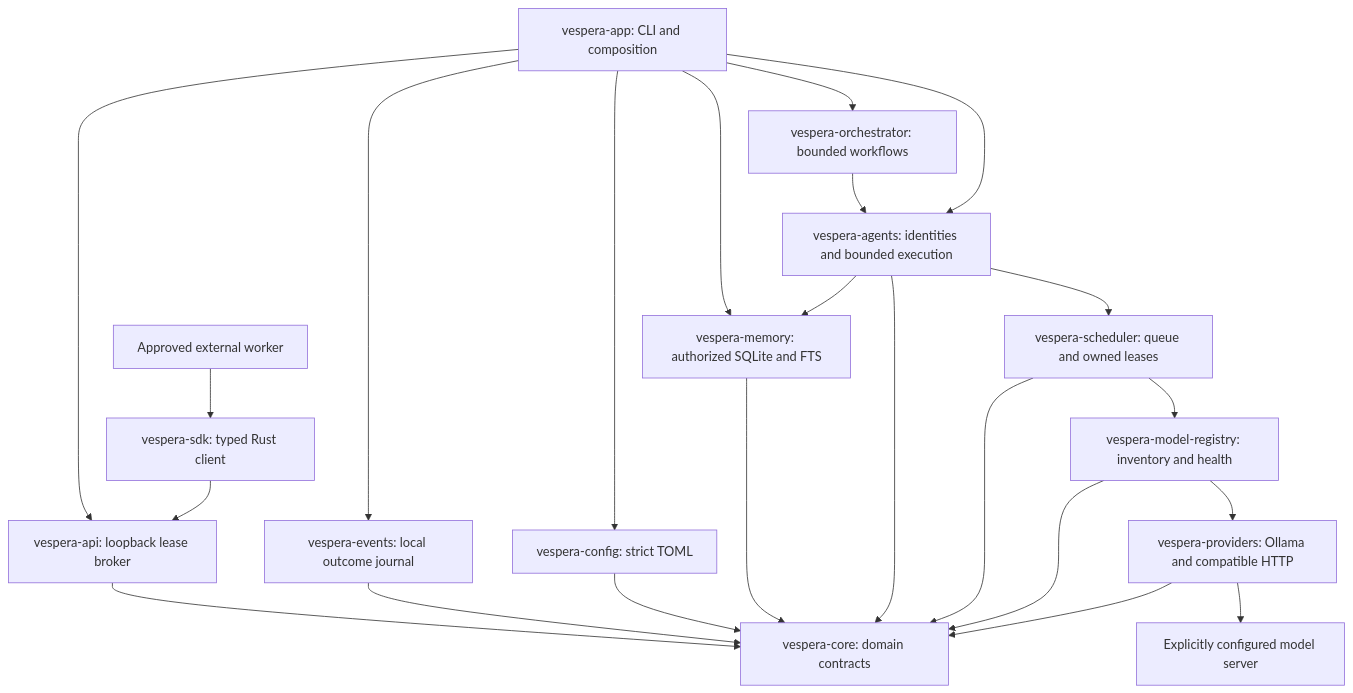
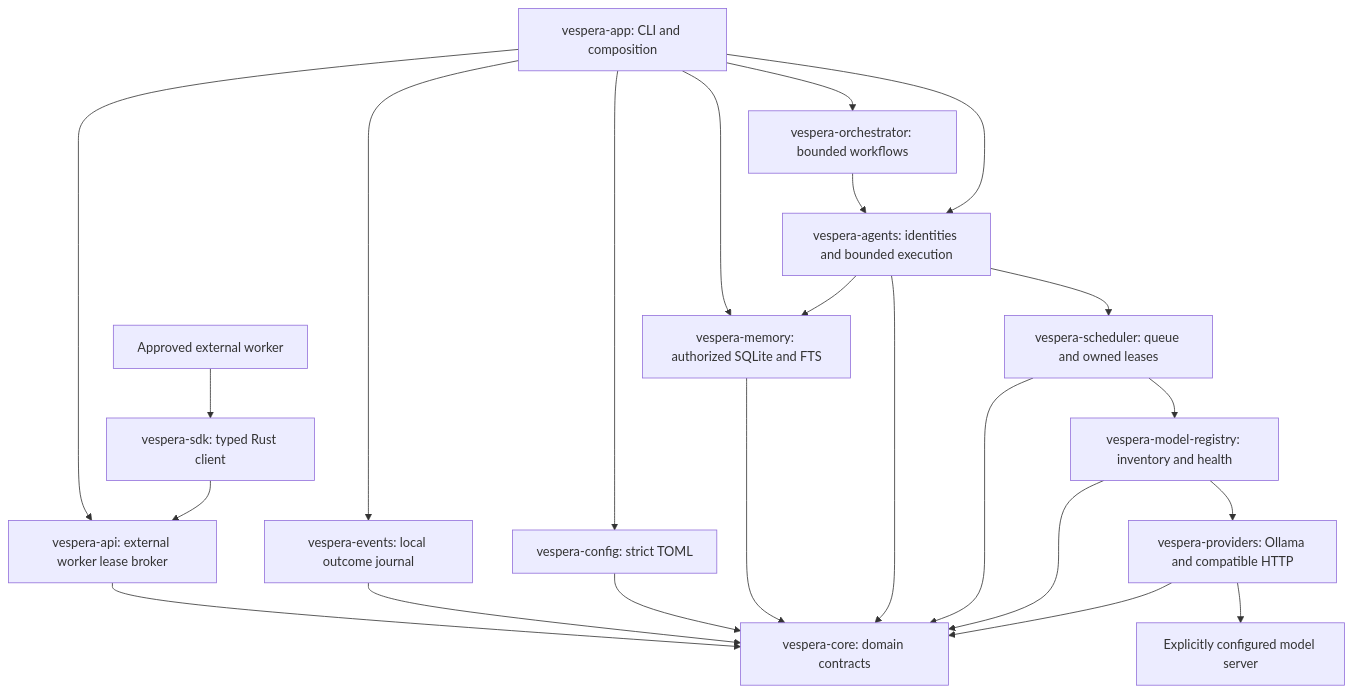
One commit to ShamelesAbyss/Vespera changed the diagram in README.md. Above: the diagram before and after it, drawn with Mermaid. The commit also changed other lines of this file and 19 other files, not shown here.

````diff
--- a/README.md
+++ b/README.md
@@ -11,25 +11,25 @@
 ```mermaid
 flowchart TD
     CLI[vespera-app: CLI and composition] --> Config[vespera-config: strict TOML]
     CLI --> Memory
-    CLI --> Broker[vespera-api: loopback lease broker]
+    CLI --> Broker[vespera-api: external worker lease broker]
     Worker[Approved external worker] --> SDK[vespera-sdk: typed Rust client]
     SDK --> Broker
     Broker --> Core
     CLI --> Journal[vespera-events: local outcome journal]
     Journal --> Core
     CLI --> Orchestrator[vespera-orchestrator: bounded workflows]
     Orchestrator --> Agents
     CLI --> Agents[vespera-agents: identities and bounded execution]
     Agents --> Scheduler[vespera-scheduler: queue and owned leases]
     Scheduler --> Registry[vespera-model-registry: inventory and health]
     Registry --> Providers[vespera-providers: Ollama and compatible HTTP]
     Providers --> Backend[Explicitly configured model server]
     Config --> Core[vespera-core: domain contracts]
     Agents --> Memory[vespera-memory: authorized SQLite and FTS]
     Memory --> Core
     Agents --> Core
     Scheduler --> Core
     Registry --> Core
     Providers --> Core
 ```
````
